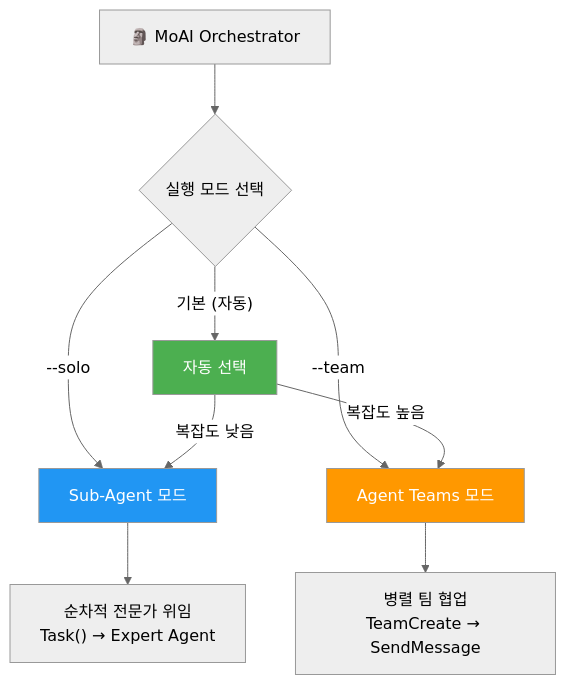
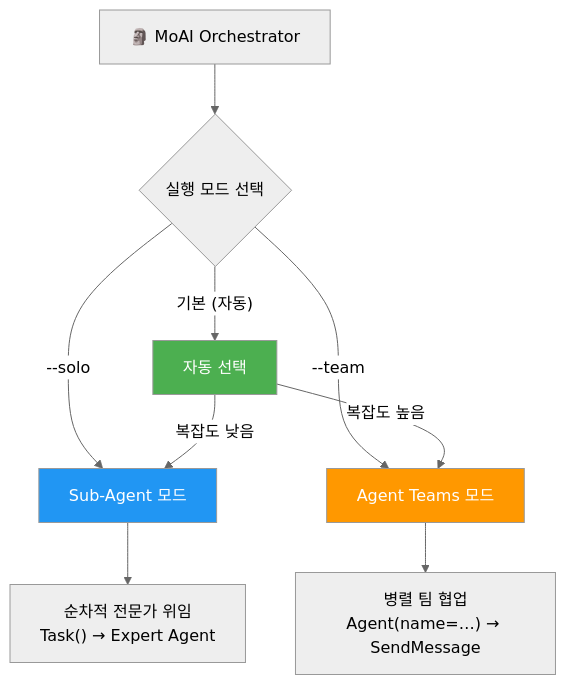
The fourth of 10 diagrams in README.ko.md (modu-ai/moai-adk), drawn with Mermaid (neutral theme) before and after one commit. The commit also changed other lines of this file and 57 other files, not shown here.

````diff
--- a/README.ko.md
+++ b/README.ko.md
@@ -436,16 +436,16 @@
 ```mermaid
 graph TD
     A["🗿 MoAI Orchestrator"] --> B{"실행 모드 선택"}
     B -->|"--solo"| C["Sub-Agent 모드"]
     B -->|"--team"| D["Agent Teams 모드"]
     B -->|"기본 (자동)"| E["자동 선택"]
 
     C --> F["순차적 전문가 위임<br/>Task() → Expert Agent"]
-    D --> G["병렬 팀 협업<br/>TeamCreate → SendMessage"]
+    D --> G["병렬 팀 협업<br/>Agent(name=…) → SendMessage"]
     E -->|"복잡도 높음"| D
     E -->|"복잡도 낮음"| C
 
     style C fill:#2196F3,color:#fff
     style D fill:#FF9800,color:#fff
     style E fill:#4CAF50,color:#fff
 ```
````
